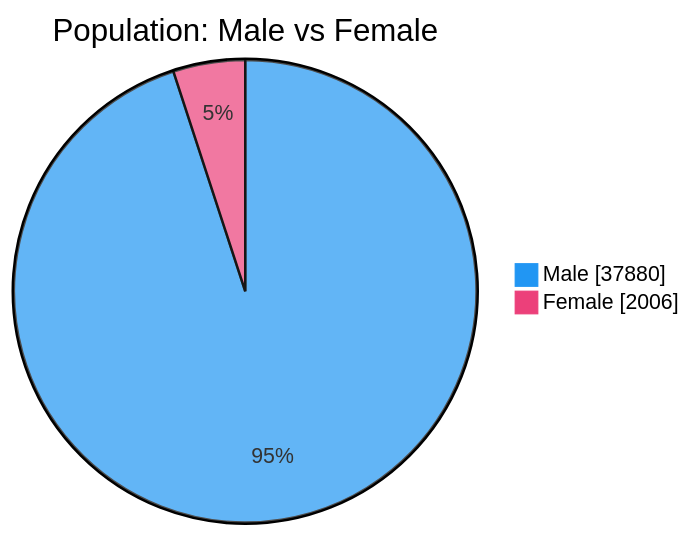
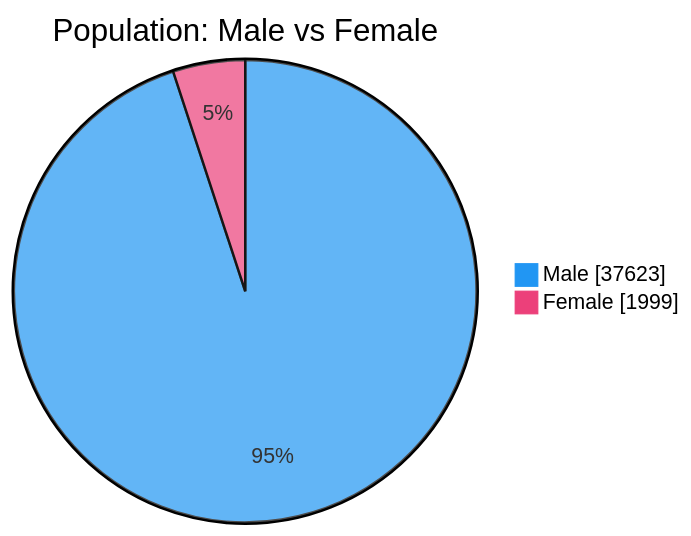
Before and after one commit to nuuuwan/lk_prisons: the second of 7 diagrams in README.md, drawn with Mermaid. The commit also changed other lines of this file and 1 other file, not shown here.

````diff
--- a/README.md
+++ b/README.md
@@ -54,6 +54,6 @@
 ```mermaid
 %%{init: {'themeVariables': {'pie1': '#2196F3', 'pie2': '#EC407A'}}}%%
 pie showData title Population: Male vs Female
-    "Male" : 37880
-    "Female" : 2006
+    "Male" : 37623
+    "Female" : 1999
 ```
````
